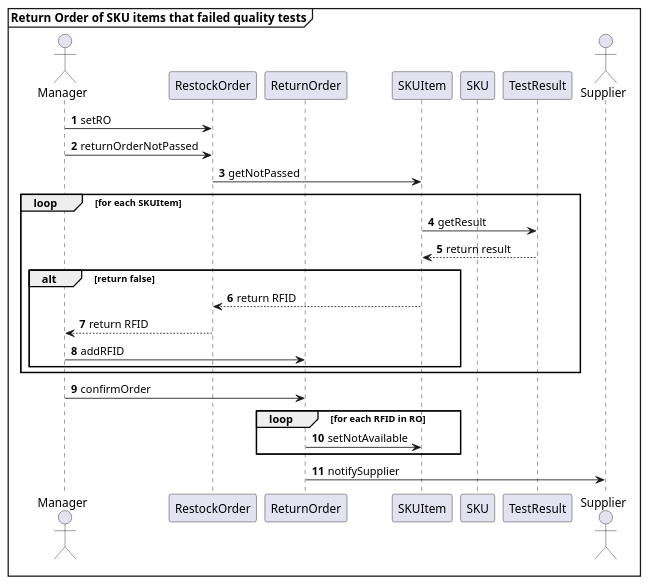
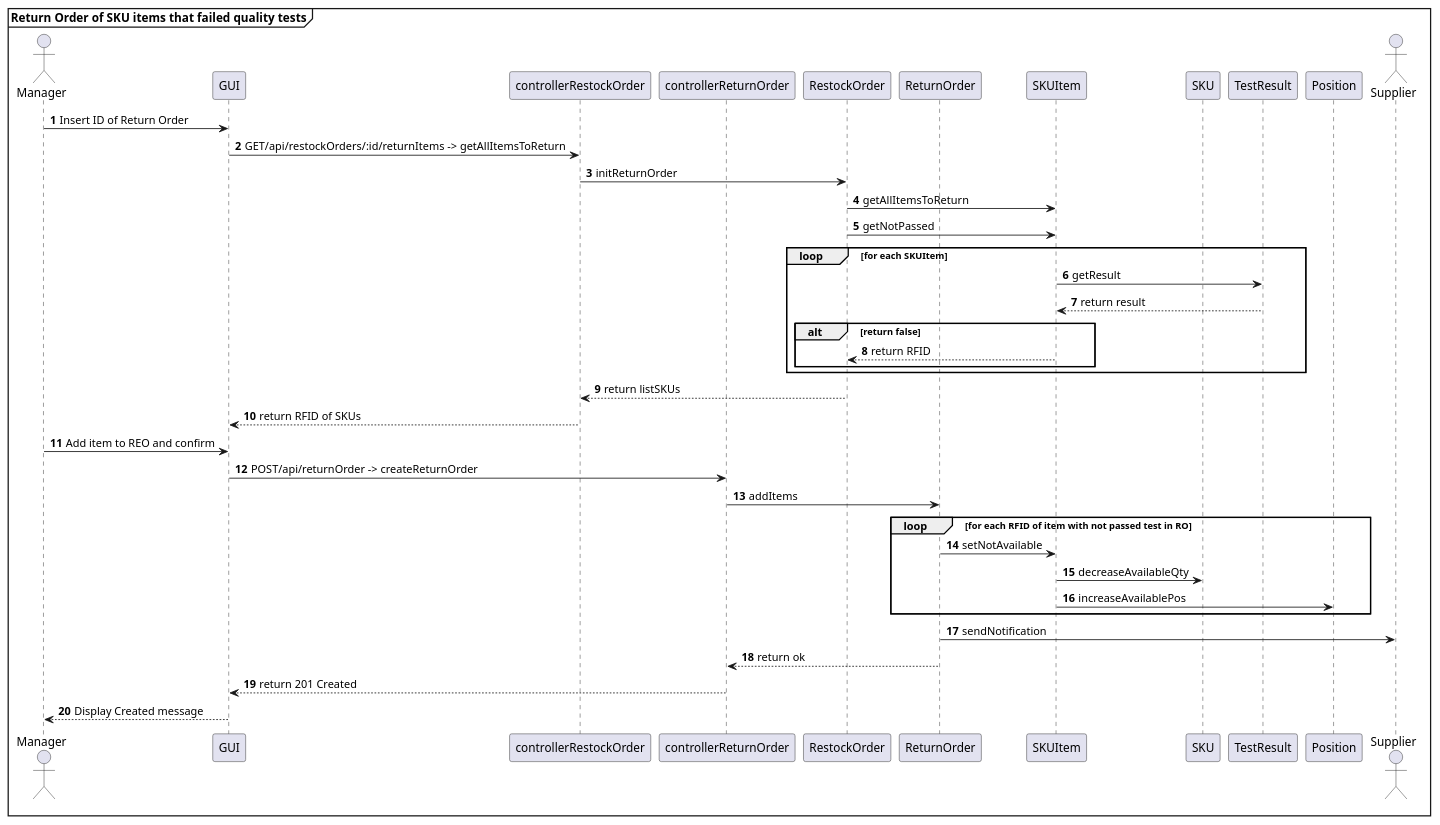
Before and after one commit to AlexZampa/EzWh: diagram 17 of 23 in DesignDocument.md, drawn with PlantUML. The commit also changed other lines of this file, not shown here.

````diff
--- a/DesignDocument.md
+++ b/DesignDocument.md
@@ -866,33 +866,47 @@
 ```plantuml
 @startuml
 mainframe **Return Order of SKU items that failed quality tests**
 actor Manager 
+participant GUI
+participant controllerRestockOrder
+participant controllerReturnOrder
 participant RestockOrder
 participant ReturnOrder
 participant SKUItem
 participant SKU
 participant TestResult
+participant Position
 actor Supplier
 
 autonumber
-Manager -> RestockOrder : setRO
-Manager -> RestockOrder : returnOrderNotPassed
+Manager -> GUI : Insert ID of Return Order
+GUI -> controllerRestockOrder : GET/api/restockOrders/:id/returnItems -> getAllItemsToReturn
+controllerRestockOrder -> RestockOrder : initReturnOrder
+RestockOrder -> SKUItem : getAllItemsToReturn
 RestockOrder -> SKUItem : getNotPassed
 loop for each SKUItem
   SKUItem -> TestResult : getResult
   SKUItem <-- TestResult : return result
     alt return false
     RestockOrder <-- SKUItem : return RFID
-    Manager <-- RestockOrder : return RFID    
-    Manager -> ReturnOrder : addRFID
     end alt
  end loop
 
-Manager -> ReturnOrder : confirmOrder
-loop for each RFID in RO
+RestockOrder --> controllerRestockOrder : return listSKUs
+controllerRestockOrder --> GUI : return RFID of SKUs
+
+Manager -> GUI : Add item to REO and confirm
+GUI -> controllerReturnOrder : POST/api/returnOrder -> createReturnOrder
+controllerReturnOrder -> ReturnOrder : addItems 
+loop for each RFID of item with not passed test in RO
   ReturnOrder -> SKUItem : setNotAvailable
+  SKUItem -> SKU : decreaseAvailableQty
+  SKUItem -> Position : increaseAvailablePos
 end loop
-ReturnOrder -> Supplier : notifySupplier
+ReturnOrder -> Supplier : sendNotification
+ReturnOrder --> controllerReturnOrder : return ok
+controllerReturnOrder --> GUI : return 201 Created
+GUI --> Manager : Display Created message
 @enduml
 
 ```
````
